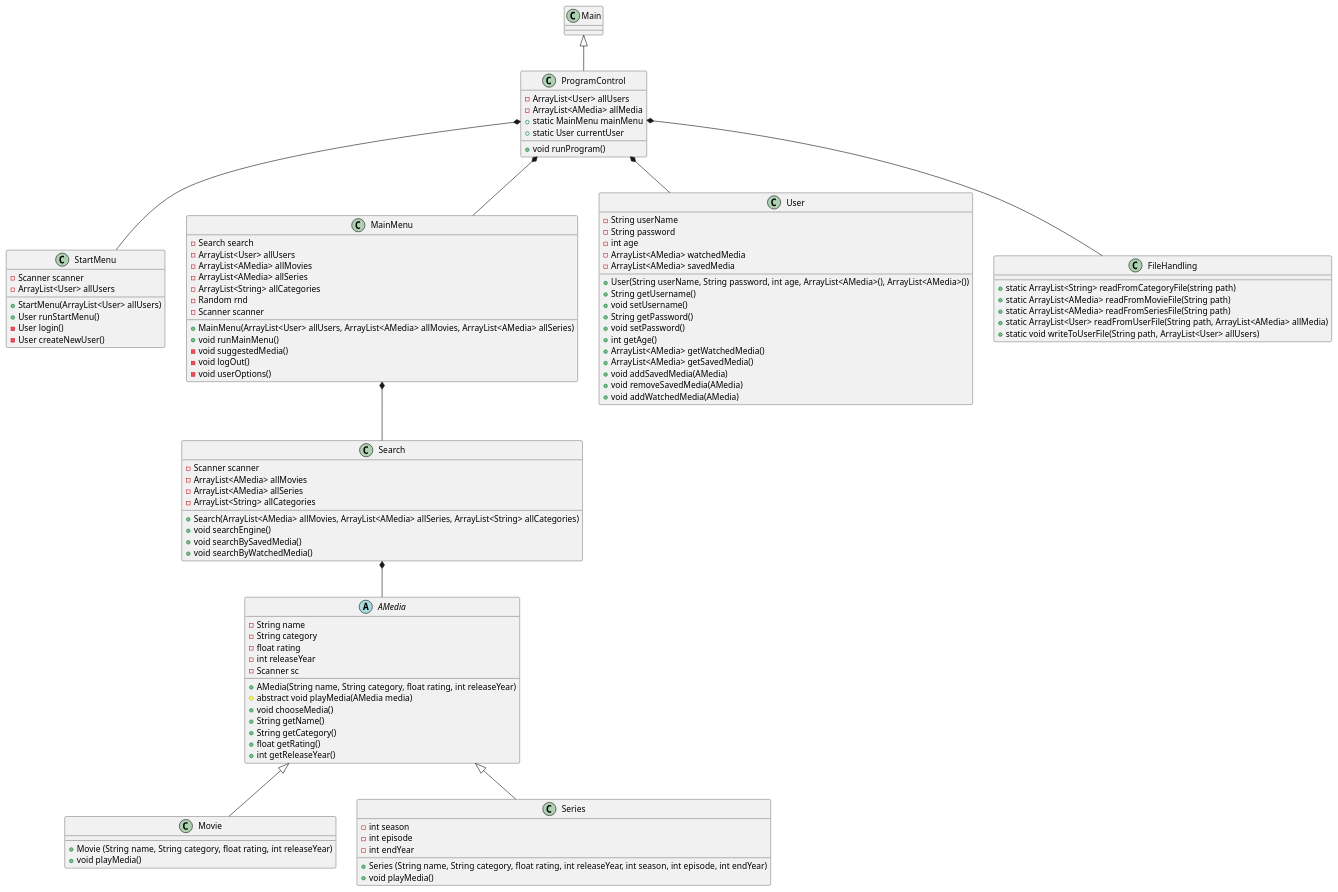
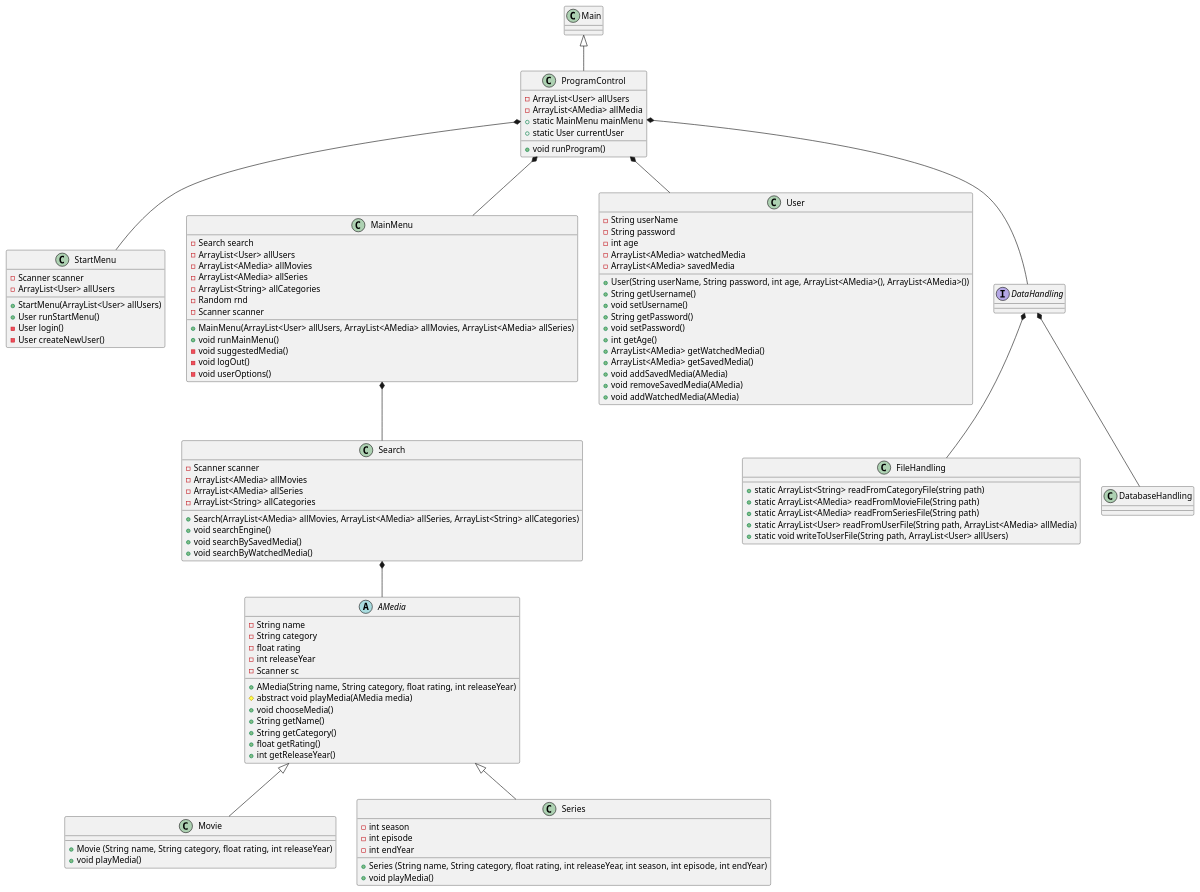
One commit to MrJustMeDahl/SP3---Streamingtjeneste changed the diagram in Design/Streamingservice design.puml. Above: the diagram before and after it, drawn with PlantUML.

Commit message:
Updated design
Design now inclused databaseHandling class and datahandling interface

```diff
--- a/Design/Streamingservice design.puml
+++ b/Design/Streamingservice design.puml
@@ -1,110 +1,116 @@
 @startuml
 class Main
 Main <|-- ProgramControl
 ProgramControl *-- StartMenu
 ProgramControl *-- MainMenu
 ProgramControl *-- User
-ProgramControl *-- FileHandling
+ProgramControl *-- DataHandling
+DataHandling *-- FileHandling
+DataHandling *-- DatabaseHandling
 MainMenu *-- Search
 Search *-- AMedia
 AMedia <|-- Movie
 AMedia <|-- Series
+
+interface DataHandling
+
+class DatabaseHandling
 
 class Search{
 - Scanner scanner
 - ArrayList<AMedia> allMovies
 - ArrayList<AMedia> allSeries
 - ArrayList<String> allCategories
 + Search(ArrayList<AMedia> allMovies, ArrayList<AMedia> allSeries, ArrayList<String> allCategories)
 + void searchEngine()
 + void searchBySavedMedia()
 + void searchByWatchedMedia()
 }
 class ProgramControl{
 - ArrayList<User> allUsers
 - ArrayList<AMedia> allMedia
 + static MainMenu mainMenu
 + static User currentUser
 + void runProgram()
 }
 
 class StartMenu{
 - Scanner scanner
 - ArrayList<User> allUsers
 + StartMenu(ArrayList<User> allUsers)
 + User runStartMenu()
 - User login()
 - User createNewUser()
 }
 
 class MainMenu{
 - Search search
 - ArrayList<User> allUsers
 - ArrayList<AMedia> allMovies
 - ArrayList<AMedia> allSeries
 - ArrayList<String> allCategories
 - Random rnd
 - Scanner scanner
 + MainMenu(ArrayList<User> allUsers, ArrayList<AMedia> allMovies, ArrayList<AMedia> allSeries)
 + void runMainMenu()
 - void suggestedMedia()
 - void logOut()
 - void userOptions()
 }
 
 abstract class AMedia{
 - String name
 - String category
 - float rating
 - int releaseYear
 - Scanner sc
 + AMedia(String name, String category, float rating, int releaseYear)
 # abstract void playMedia(AMedia media)
 + void chooseMedia()
 + String getName()
 + String getCategory()
 + float getRating()
 + int getReleaseYear()
 }
 
 class Movie{
 + Movie (String name, String category, float rating, int releaseYear)
 + void playMedia()
 }
 
 class Series{
 - int season
 - int episode
 - int endYear
 + Series (String name, String category, float rating, int releaseYear, int season, int episode, int endYear)
 + void playMedia()
 }
 
 class User{
 - String userName
 - String password
 - int age
 - ArrayList<AMedia> watchedMedia
 - ArrayList<AMedia> savedMedia
 + User(String userName, String password, int age, ArrayList<AMedia>(), ArrayList<AMedia>())
 + String getUsername()
 + void setUsername()
 + String getPassword()
 + void setPassword()
 + int getAge()
 + ArrayList<AMedia> getWatchedMedia()
 + ArrayList<AMedia> getSavedMedia()
 + void addSavedMedia(AMedia)
 + void removeSavedMedia(AMedia)
 + void addWatchedMedia(AMedia)
 }
 
 class FileHandling{
 + static ArrayList<String> readFromCategoryFile(string path)
 + static ArrayList<AMedia> readFromMovieFile(String path)
 + static ArrayList<AMedia> readFromSeriesFile(String path)
 + static ArrayList<User> readFromUserFile(String path, ArrayList<AMedia> allMedia)
 + static void writeToUserFile(String path, ArrayList<User> allUsers)
 }
 
 @enduml
```
